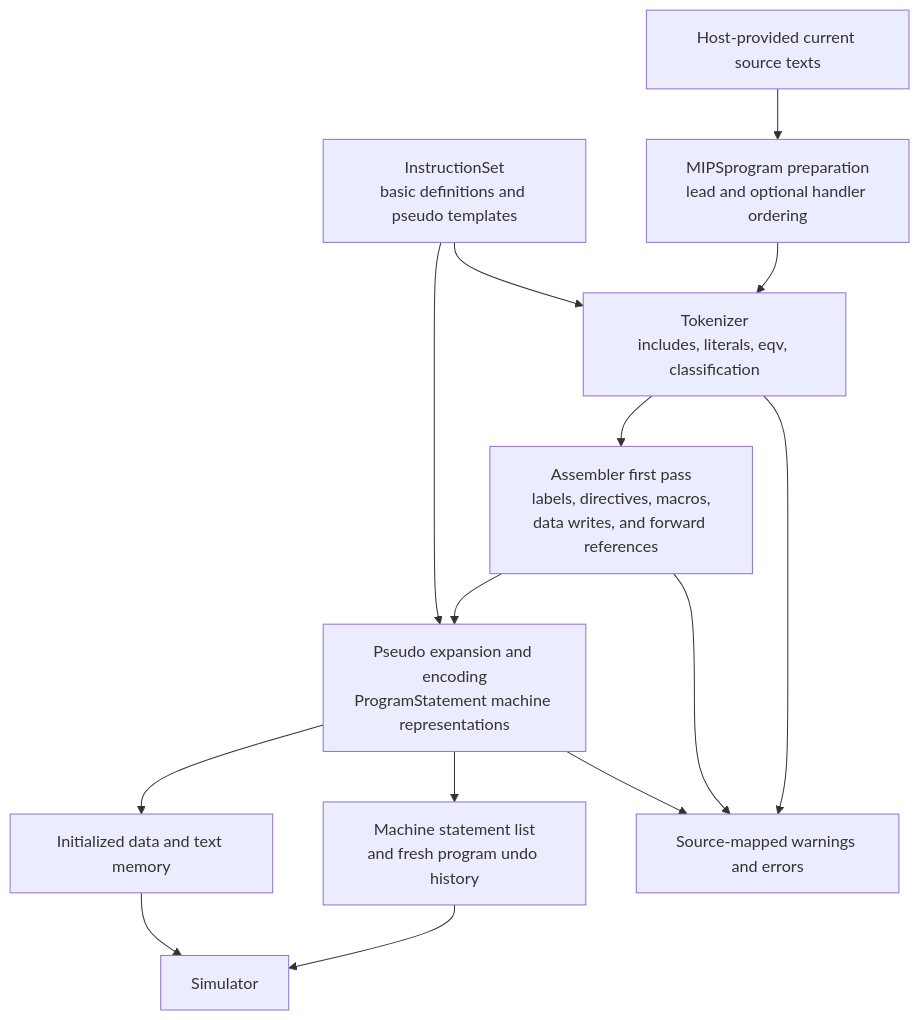
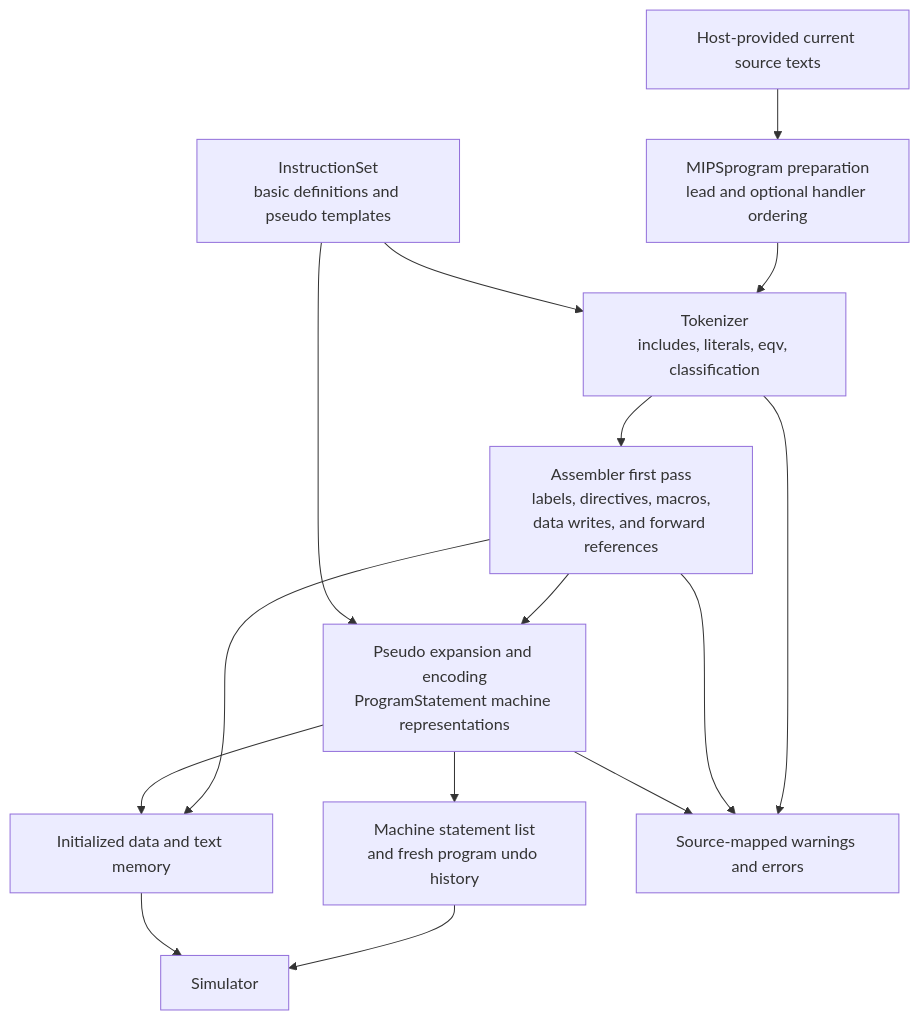
The second of 3 diagrams in src/lib/engine/README.md (awpala/MARS-ts), drawn with Mermaid before and after one commit. The commit also changed 4 other files, not shown here.

Commit message:
docs: true-up diagrams

````diff
--- a/src/lib/engine/README.md
+++ b/src/lib/engine/README.md
@@ -95,16 +95,17 @@
 ```mermaid
 flowchart TB
     Host["Host-provided current source texts"] --> Programs["MIPSprogram preparation<br/>lead and optional handler ordering"]
     Programs --> Tokens["Tokenizer<br/>includes, literals, eqv, classification"]
     Tokens --> Pass1["Assembler first pass<br/>labels, directives, macros,<br/>data writes, and forward references"]
     Pass1 --> Pass2["Pseudo expansion and encoding<br/>ProgramStatement machine representations"]
     Instructions["InstructionSet<br/>basic definitions and pseudo templates"] --> Tokens
     Instructions --> Pass2
-    Pass2 --> Memory["Initialized data and text memory"]
+    Pass1 --> Memory["Initialized data and text memory"]
+    Pass2 --> Memory
     Pass2 --> MachineList["Machine statement list<br/>and fresh program undo history"]
     Tokens --> Diagnostics["Source-mapped warnings and errors"]
     Pass1 --> Diagnostics
     Pass2 --> Diagnostics
     MachineList --> Simulator["Simulator"]
     Memory --> Simulator
 ```
````
